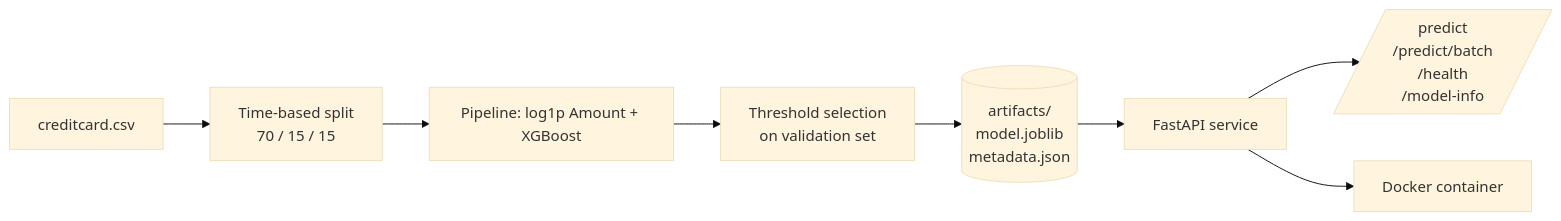
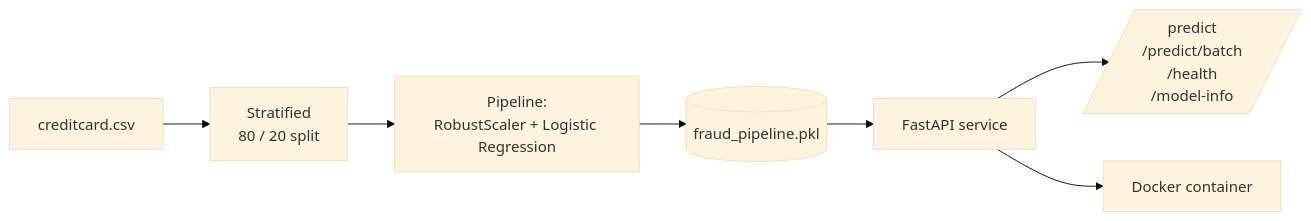
The diagram in README.md (sharadyadav-ai/Credit-Card-fraud-detection), drawn with Mermaid (base theme) before and after one commit. The commit also changed other lines of this file, not shown here.

First line of the commit message:
Revise README for fraud detection API updates

````diff
--- a/README.md
+++ b/README.md
@@ -39,10 +41,9 @@
 ```mermaid
 flowchart LR
-    A[creditcard.csv] --> B[Time-based split<br/>70 / 15 / 15]
-    B --> C[Pipeline: log1p Amount + XGBoost]
-    C --> D[Threshold selection<br/>on validation set]
-    D --> E[(artifacts/<br/>model.joblib<br/>metadata.json)]
-    E --> F[FastAPI service]
-    F --> G[/predict<br/>/predict/batch<br/>/health<br/>/model-info/]
-    F --> H[Docker container]
+    A[creditcard.csv] --> B[Stratified<br/>80 / 20 split]
+    B --> C[Pipeline:<br/>RobustScaler + Logistic Regression]
+    C --> D[(fraud_pipeline.pkl)]
+    D --> E[FastAPI service]
+    E --> F[/predict<br/>/predict/batch<br/>/health<br/>/model-info/]
+    E --> G[Docker container]
 ```
````
